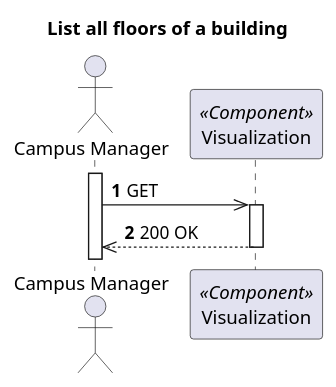
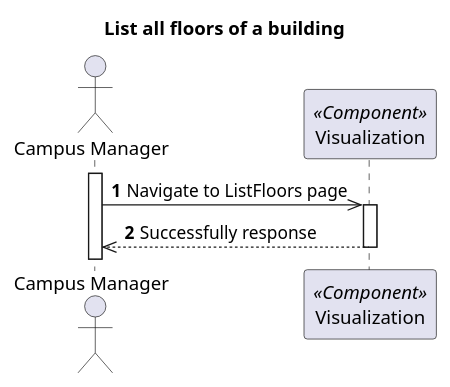
Before and after one commit to 1210910/lapr5: the diagram in docs/VistaProcesso/US210(1100)/Visualization/ProcessView_Level2_US210.puml, drawn with PlantUML. The commit also changed 48 other files, not shown here.

```diff
--- a/docs/VistaProcesso/US210(1100)/Visualization/ProcessView_Level2_US210.puml
+++ b/docs/VistaProcesso/US210(1100)/Visualization/ProcessView_Level2_US210.puml
@@ -1,19 +1,19 @@
 @startuml
 'https://plantuml.com/sequence-diagram
 
 autonumber
 
 skinparam packageStyle rect
 
 title List all floors of a building
 
 actor "Campus Manager" as CM
 participant "Visualization" as MD <<Component>>
 
 activate CM
-CM->> MD : GET
+CM->> MD : Navigate to ListFloors page
 
 activate MD
-CM<<-- MD : 200 OK
+CM<<-- MD : Successfully response
 deactivate MD
 @enduml
```
